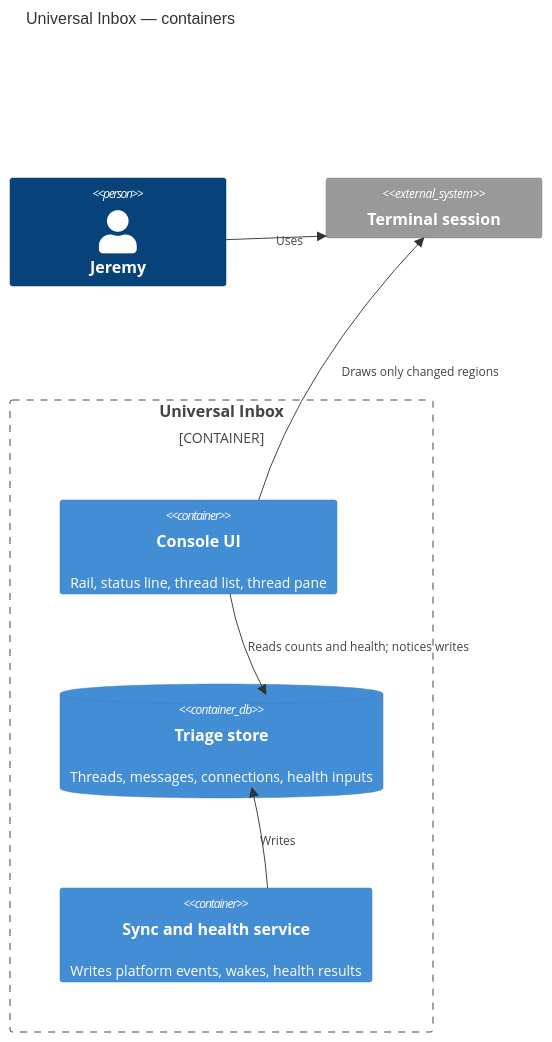
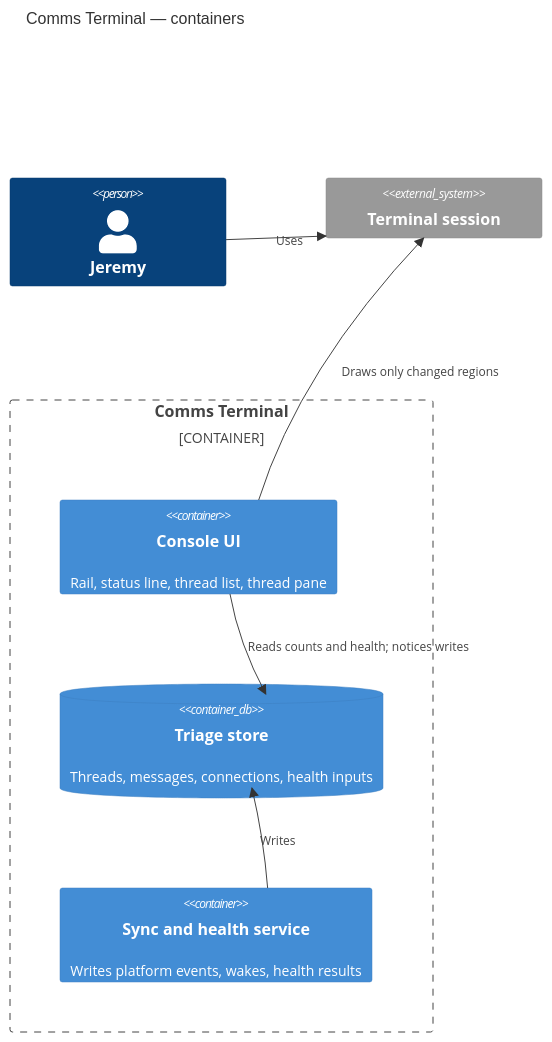
One commit to JMLegere/comms-terminal changed the second of 3 diagrams in .agents/discovery/2026-10-15-tui-redraw-smoothness.md. Above: the diagram before and after it, drawn with Mermaid. The commit also changed other lines of this file and 181 other files, not shown here.

First line of the commit message:
Rename: Universal Inbox is now Comms Terminal

````diff
--- a/.agents/discovery/2026-10-15-tui-redraw-smoothness.md
+++ b/.agents/discovery/2026-10-15-tui-redraw-smoothness.md
@@ -239,15 +239,15 @@
 ```mermaid
 C4Container
-    title Universal Inbox — containers
+    title Comms Terminal — containers
     Person(jeremy, "Jeremy")
     System_Ext(term, "Terminal session")
-    Container_Boundary(ui, "Universal Inbox") {
+    Container_Boundary(ui, "Comms Terminal") {
         Container(console, "Console UI", "", "Rail, status line, thread list, thread pane")
         ContainerDb(store, "Triage store", "", "Threads, messages, connections, health inputs")
         Container(sync, "Sync and health service", "", "Writes platform events, wakes, health results")
     }
     Rel(jeremy, term, "Uses")
     Rel(console, term, "Draws only changed regions")
     Rel(console, store, "Reads counts and health; notices writes")
     Rel(sync, store, "Writes")
 ```
````
